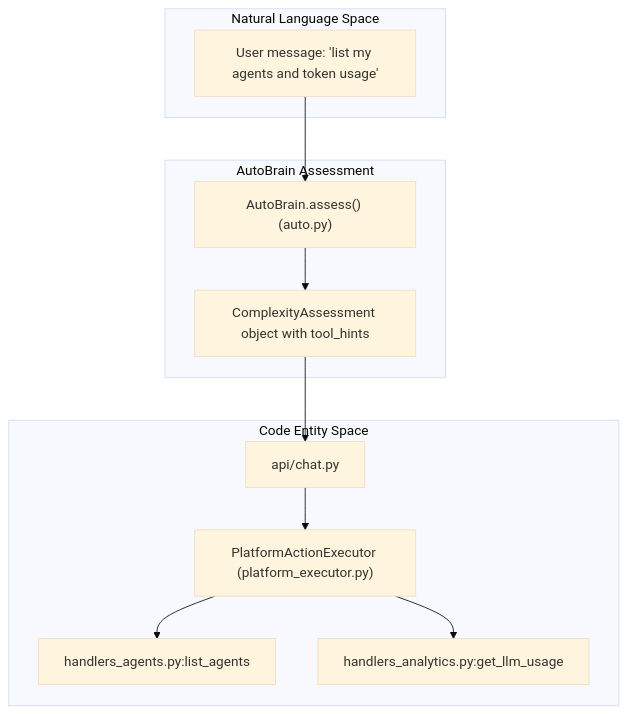
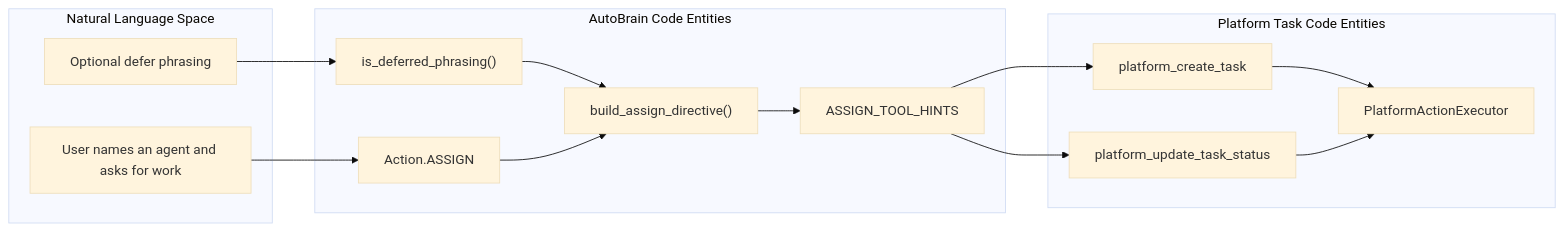
The fourth of 4 diagrams in docs/chat-interface/complexity-assessment-autobrain.md (AutomatosAI/automatos-ai), drawn with Mermaid (base theme) before and after one commit. The commit also changed other lines of this file and 188 other files, not shown here.

First line of the commit message:
docs: refresh architecture docs and add coverage for new subsystems (#1416)

````diff
--- a/docs/chat-interface/complexity-assessment-autobrain.md
+++ b/docs/chat-interface/complexity-assessment-autobrain.md
@@ -118,25 +227,26 @@
 ```mermaid
-graph TD
+flowchart LR
     subgraph "Natural Language Space"
-        UserMessage["User message: 'list my agents and token usage'"]
+        Request["User names an agent and asks for work"]
+        DeferText["Optional defer phrasing"]
     end
-
-    subgraph "AutoBrain Assessment"
-        AutoBrainModule["AutoBrain.assess() (auto.py)"]
-        AssessmentObj["ComplexityAssessment object with tool_hints"]
+    subgraph "AutoBrain Code Entities"
+        Check["is_deferred_phrasing()"]
+        Directive["build_assign_directive()"]
+        AssignAction["Action.ASSIGN"]
+        Hints["ASSIGN_TOOL_HINTS"]
     end
-
-    subgraph "Code Entity Space"
-        ChatApi["api/chat.py"]
-        PlatformExec["PlatformActionExecutor (platform_executor.py)"]
-        HandlersAgents["handlers_agents.py:list_agents"]
-        HandlersAnalytics["handlers_analytics.py:get_llm_usage"]
+    subgraph "Platform Task Code Entities"
+        Create["platform_create_task"]
+        Update["platform_update_task_status"]
+        Executor["PlatformActionExecutor"]
     end
-
-    UserMessage --> AutoBrainModule
-    AutoBrainModule --> AssessmentObj
-    AssessmentObj --> ChatApi
-    ChatApi --> PlatformExec
-    PlatformExec --> HandlersAgents
-    PlatformExec --> HandlersAnalytics
+    Request --> AssignAction
+    DeferText --> Check --> Directive
+    AssignAction --> Directive
+    Directive --> Hints
+    Hints --> Create
+    Hints --> Update
+    Create --> Executor
+    Update --> Executor
 ```
````
